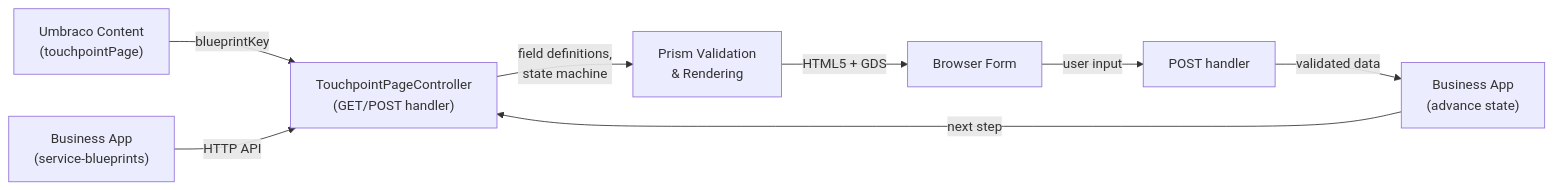
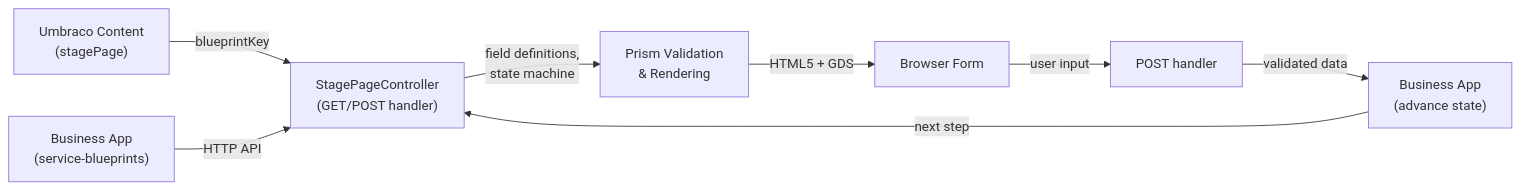
Before and after one commit to jonnymuir/Umbraco.Prism: the first of 3 diagrams in docs/guides/service-blueprint-setup.md, drawn with Mermaid. The commit also changed other lines of this file and 272 other files, not shown here.

First line of the commit message:
refactor!: consolidate service blueprint models and settle on Stage vocabulary

````diff
--- a/docs/guides/service-blueprint-setup.md
+++ b/docs/guides/service-blueprint-setup.md
@@ -13,10 +13,10 @@
 ```mermaid
 graph LR
-    A["Umbraco Content<br/>(touchpointPage)"] -->|blueprintKey| B["TouchpointPageController<br/>(GET/POST handler)"]
+    A["Umbraco Content<br/>(stagePage)"] -->|blueprintKey| B["StagePageController<br/>(GET/POST handler)"]
     C["Business App<br/>(service-blueprints)"] -->|HTTP API| B
     B -->|field definitions,<br/>state machine| D["Prism Validation<br/>& Rendering"]
     D -->|HTML5 + GDS| E["Browser Form"]
     E -->|user input| F["POST handler"]
     F -->|validated data| G["Business App<br/>(advance state)"]
     G -->|next step| B
 ```
````
